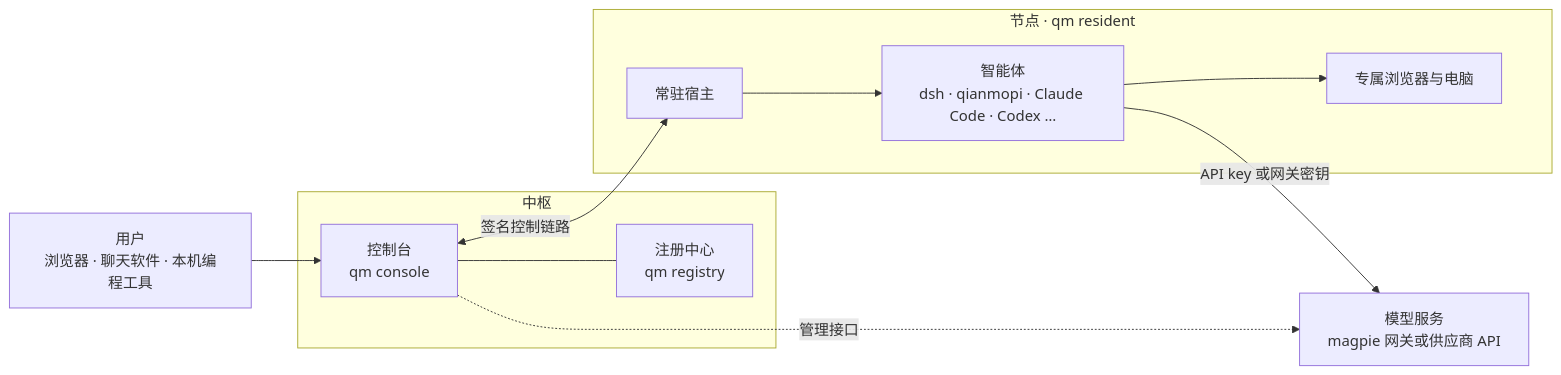
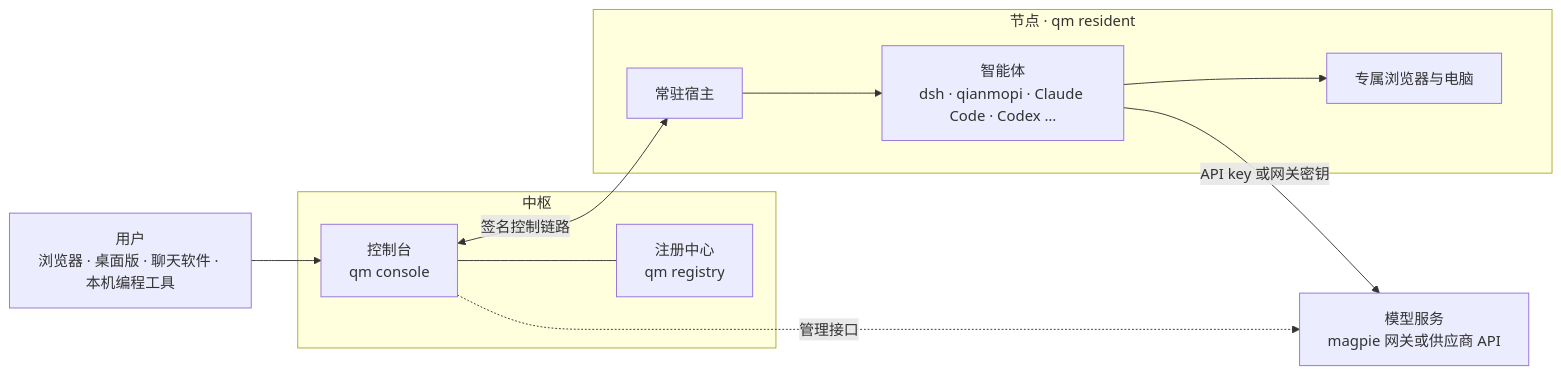
The diagram in README.md (sweetcornna/atlas), drawn with Mermaid before and after one commit. The commit also changed other lines of this file and 2 other files, not shown here.

Commit message:
docs: 路线图 v3.13.1、qmo-app v1.1 与 README 回写 #274 部署和 v3.1.0 发行

````diff
--- a/README.md
+++ b/README.md
@@ -97,21 +99,21 @@
 ```mermaid
 flowchart LR
-  user["用户<br/>浏览器 · 聊天软件 · 本机编程工具"]
+  user["用户<br/>浏览器 · 桌面版 · 聊天软件 · 本机编程工具"]
   subgraph hub["中枢"]
     console["控制台<br/>qm console"]
     registry["注册中心<br/>qm registry"]
   end
   subgraph node["节点 · qm resident"]
     host["常驻宿主"]
     agents["智能体<br/>dsh · qianmopi · Claude Code · Codex …"]
     desk["专属浏览器与电脑"]
   end
   models["模型服务<br/>magpie 网关或供应商 API"]
   user --> console
   console --- registry
   console <-->|签名控制链路| host
   host --> agents
   agents --> desk
   agents -->|API key 或网关密钥| models
   console -.->|管理接口| models
 ```
````
